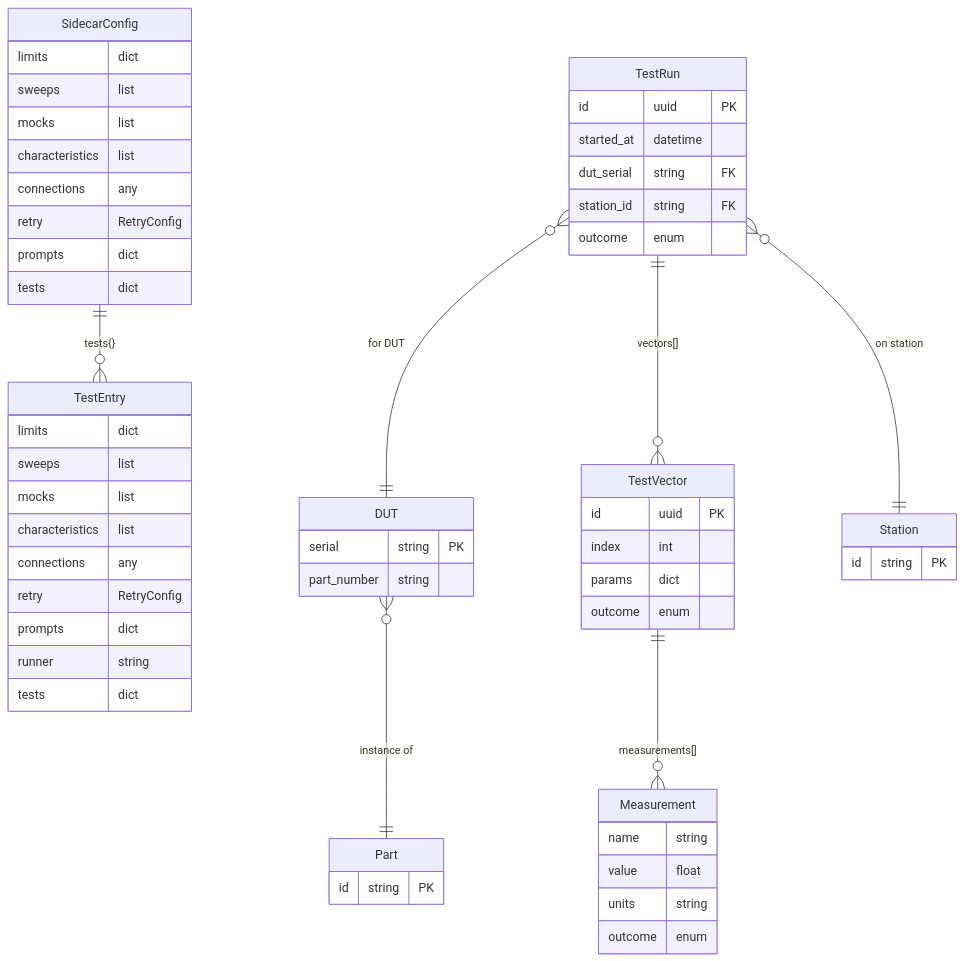
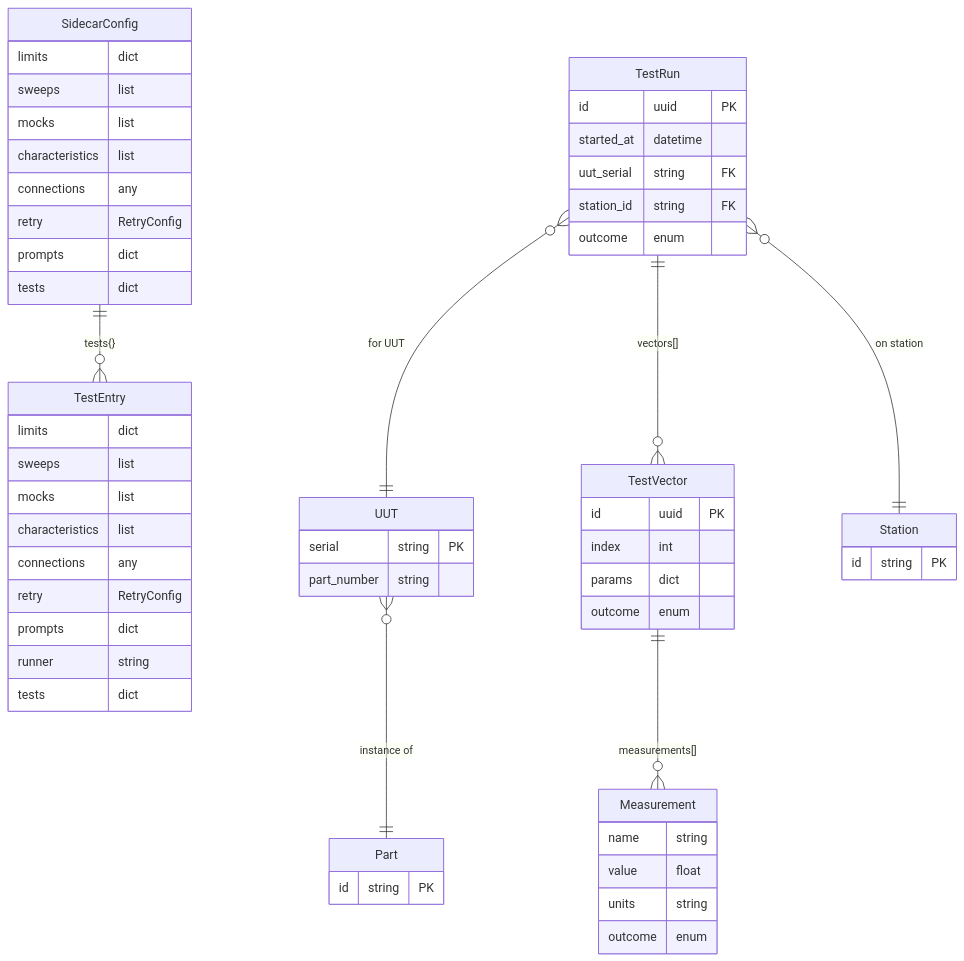
Before and after one commit to pragmatest-dev/testerkit: the fifth of 9 diagrams in docs/concepts/overview/architecture.md, drawn with Mermaid. The commit also changed other lines of this file and 274 other files, not shown here.

````diff
--- a/docs/concepts/overview/architecture.md
+++ b/docs/concepts/overview/architecture.md
@@ -187,60 +187,60 @@
 ```mermaid
 erDiagram
     SidecarConfig {
         limits dict
         sweeps list
         mocks list
         characteristics list
         connections any
         retry RetryConfig
         prompts dict
         tests dict
     }
     TestEntry {
         limits dict
         sweeps list
         mocks list
         characteristics list
         connections any
         retry RetryConfig
         prompts dict
         runner string
         tests dict
     }
-    DUT {
+    UUT {
         serial string PK
         part_number string
     }
     TestRun {
         id uuid PK
         started_at datetime
-        dut_serial string FK
+        uut_serial string FK
         station_id string FK
         outcome enum
     }
     TestVector {
         id uuid PK
         index int
         params dict
         outcome enum
     }
     Measurement {
         name string
         value float
         units string
         outcome enum
     }
     Part {
         id string PK
     }
     Station {
         id string PK
     }
 
     SidecarConfig ||--o{ TestEntry : "tests{}"
-    DUT }o--|| Part : "instance of"
-    TestRun }o--|| DUT : "for DUT"
+    UUT }o--|| Part : "instance of"
+    TestRun }o--|| UUT : "for UUT"
     TestRun }o--|| Station : "on station"
     TestRun ||--o{ TestVector : "vectors[]"
     TestVector ||--o{ Measurement : "measurements[]"
 ```
````
